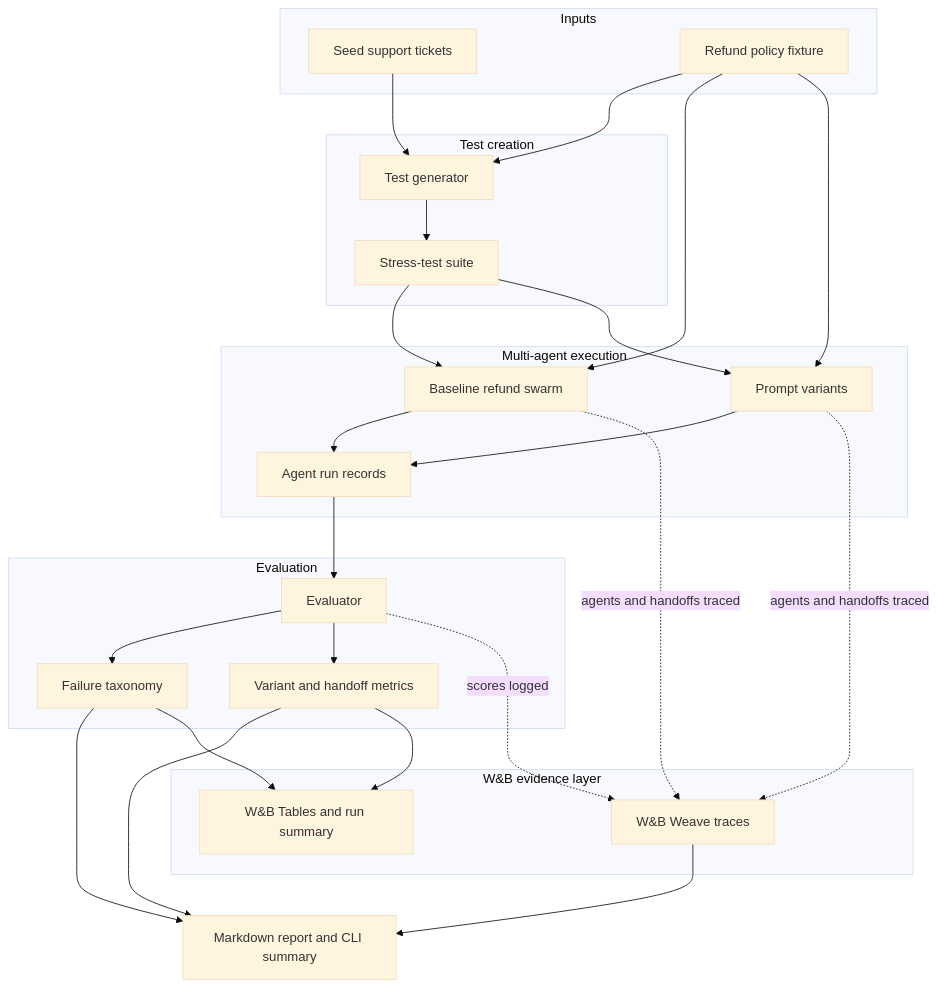
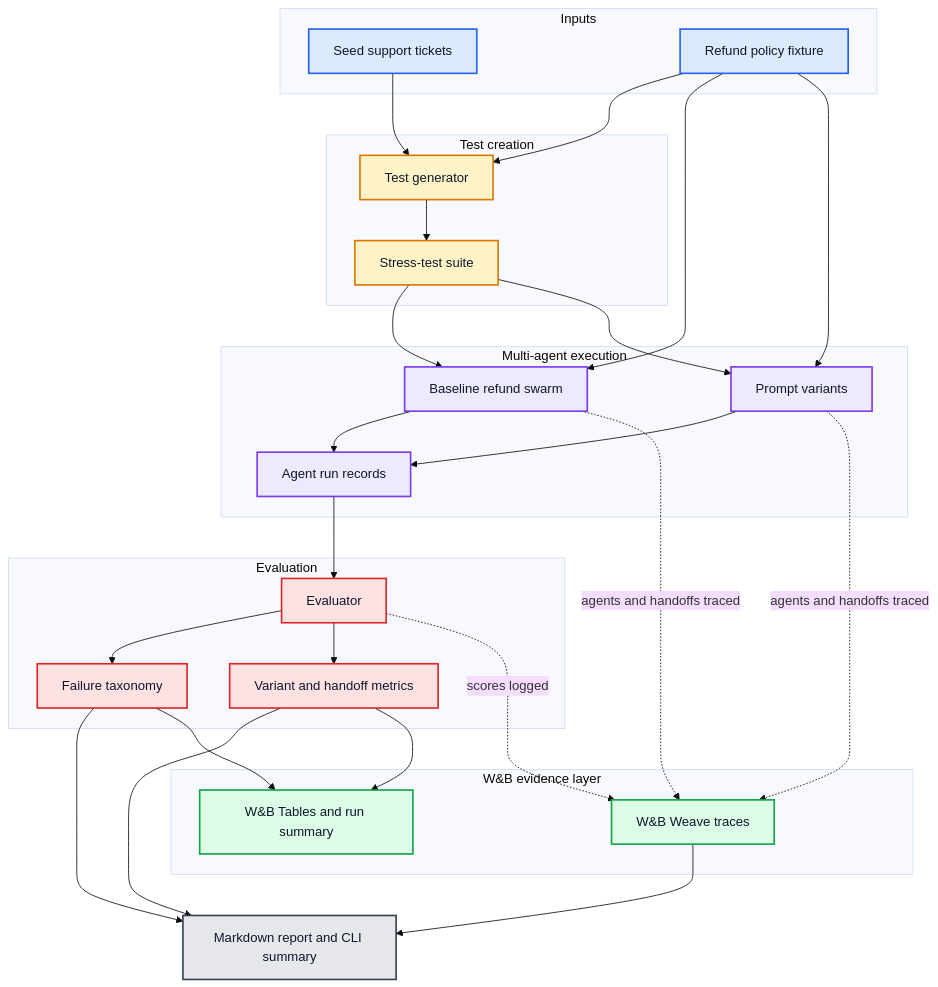
Before and after one commit to vyahhi/swarm-checkup: the diagram in README.md, drawn with Mermaid (base theme).

Commit message:
Color README Mermaid flow

````diff
--- a/README.md
+++ b/README.md
@@ -26,52 +26,66 @@
 ```mermaid
 flowchart TB
     subgraph Inputs[Inputs]
         A[Seed support tickets]
         P[Refund policy fixture]
     end
 
     subgraph TestCreation[Test creation]
         B[Test generator]
         C[Stress-test suite]
     end
 
     subgraph Execution[Multi-agent execution]
         D[Baseline refund swarm]
         E[Prompt variants]
         F[Agent run records]
     end
 
     subgraph Evaluation[Evaluation]
         G[Evaluator]
         H[Failure taxonomy]
         I[Variant and handoff metrics]
     end
 
     subgraph Evidence[W&B evidence layer]
         W[W&B Weave traces]
         K[W&B Tables and run summary]
     end
 
     J[Markdown report and CLI summary]
 
     A --> B
     P --> B
     B --> C
     C --> D
     C --> E
     P --> D
     P --> E
     D --> F
     E --> F
     F --> G
     G --> H
     G --> I
     D -. "agents and handoffs traced" .-> W
     E -. "agents and handoffs traced" .-> W
     G -. "scores logged" .-> W
     H --> J
     I --> J
     W --> J
     I --> K
     H --> K
+
+    classDef input fill:#dbeafe,stroke:#2563eb,color:#0f172a,stroke-width:2px
+    classDef generation fill:#fef3c7,stroke:#d97706,color:#0f172a,stroke-width:2px
+    classDef execution fill:#ede9fe,stroke:#7c3aed,color:#0f172a,stroke-width:2px
+    classDef evaluation fill:#fee2e2,stroke:#dc2626,color:#0f172a,stroke-width:2px
+    classDef evidence fill:#dcfce7,stroke:#16a34a,color:#0f172a,stroke-width:2px
+    classDef dashboard fill:#e5e7eb,stroke:#374151,color:#0f172a,stroke-width:2px
+
+    class A,P input
+    class B,C generation
+    class D,E,F execution
+    class G,H,I evaluation
+    class W,K evidence
+    class J dashboard
 ```
````
